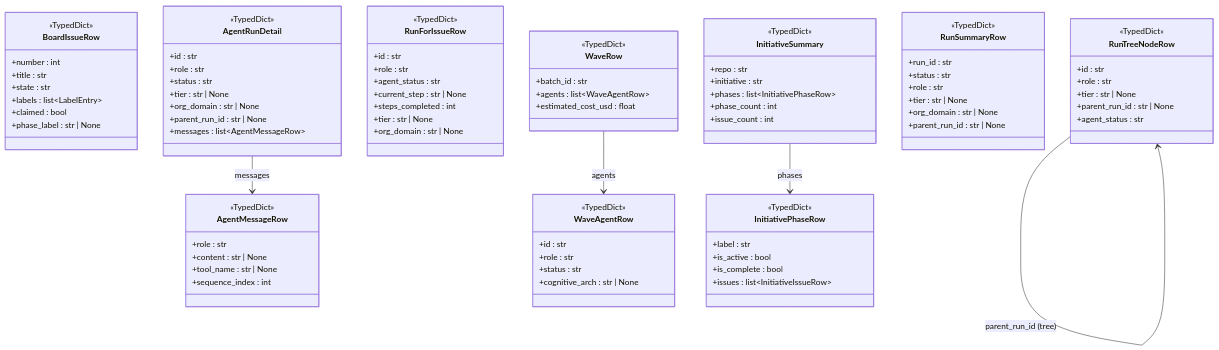
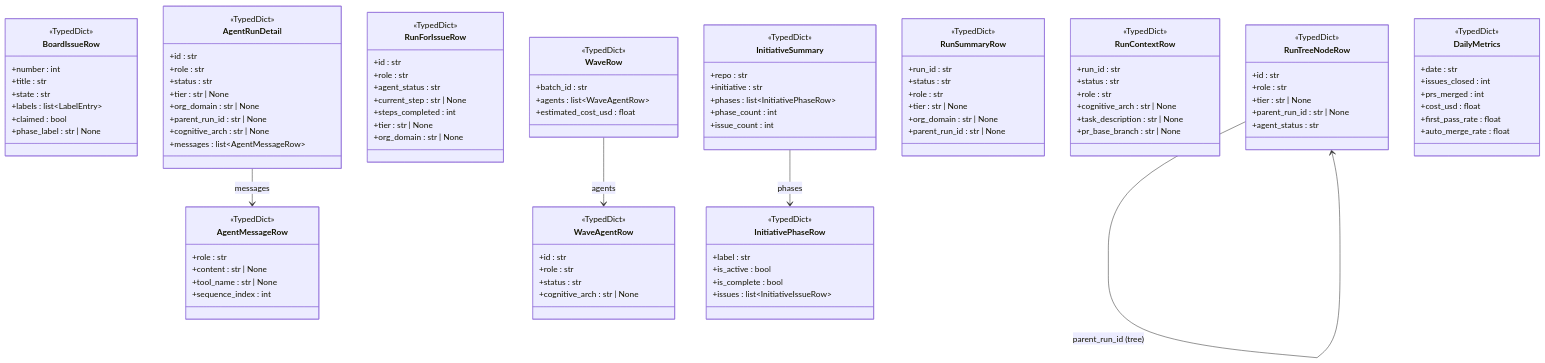
The ninth of 9 diagrams in docs/reference/type-contracts.md (cgcardona/agentception), drawn with Mermaid before and after one commit. The commit also changed other lines of this file and 1 other file, not shown here.

```diff
--- a/docs/reference/type-contracts.md
+++ b/docs/reference/type-contracts.md
@@ -1640,6 +2224,7 @@
         +tier : str | None
         +org_domain : str | None
         +parent_run_id : str | None
+        +cognitive_arch : str | None
         +messages : list~AgentMessageRow~
     }
     class AgentMessageRow {
@@ -1689,6 +2274,15 @@
         +org_domain : str | None
         +parent_run_id : str | None
     }
+    class RunContextRow {
+        <<TypedDict>>
+        +run_id : str
+        +status : str
+        +role : str
+        +cognitive_arch : str | None
+        +task_description : str | None
+        +pr_base_branch : str | None
+    }
     class InitiativeSummary {
         <<TypedDict>>
         +repo : str
@@ -1704,6 +2298,15 @@
         +is_complete : bool
         +issues : list~InitiativeIssueRow~
     }
+    class DailyMetrics {
+        <<TypedDict>>
+        +date : str
+        +issues_closed : int
+        +prs_merged : int
+        +cost_usd : float
+        +first_pass_rate : float
+        +auto_merge_rate : float
+    }
 
     AgentRunDetail --> AgentMessageRow : messages
     WaveRow --> WaveAgentRow : agents
```
